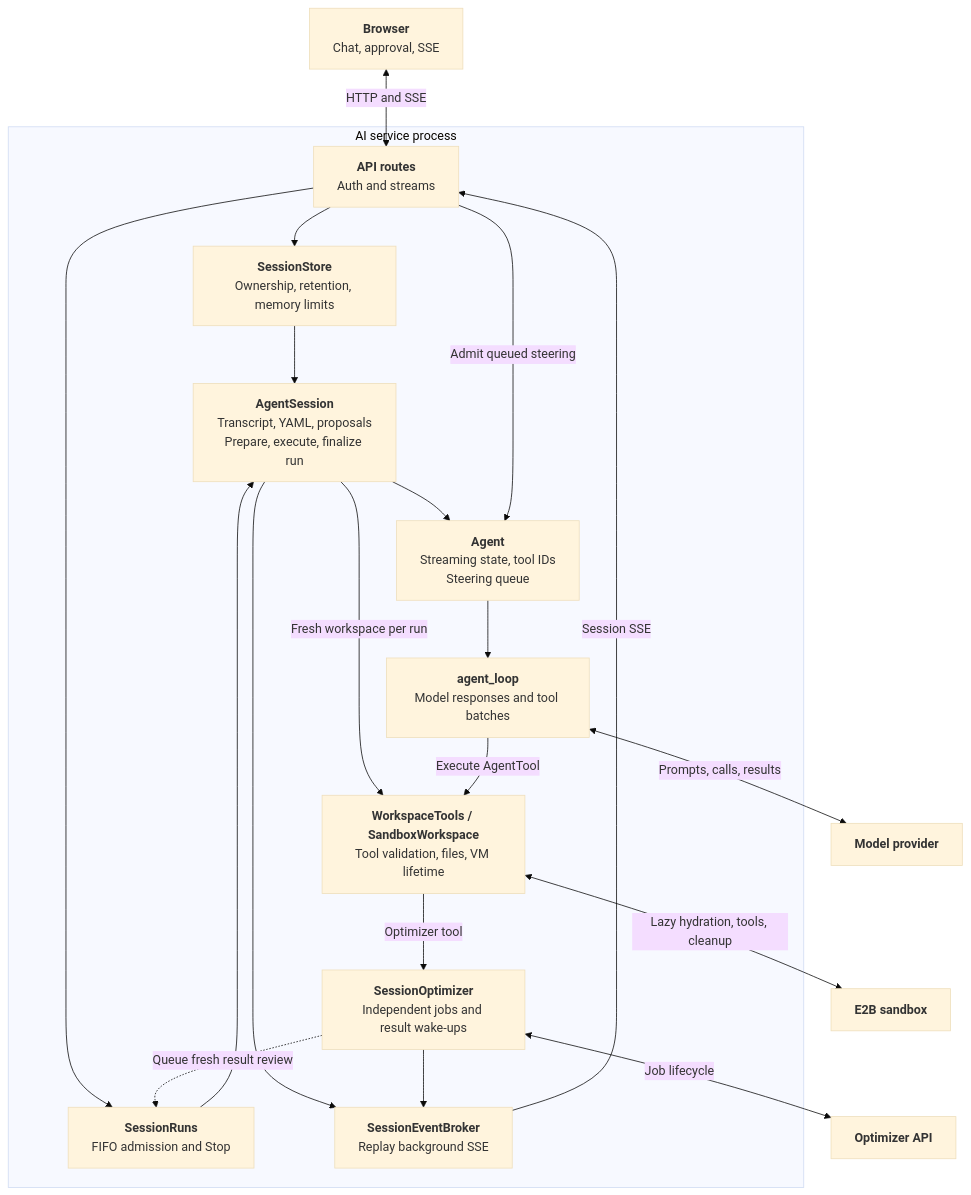
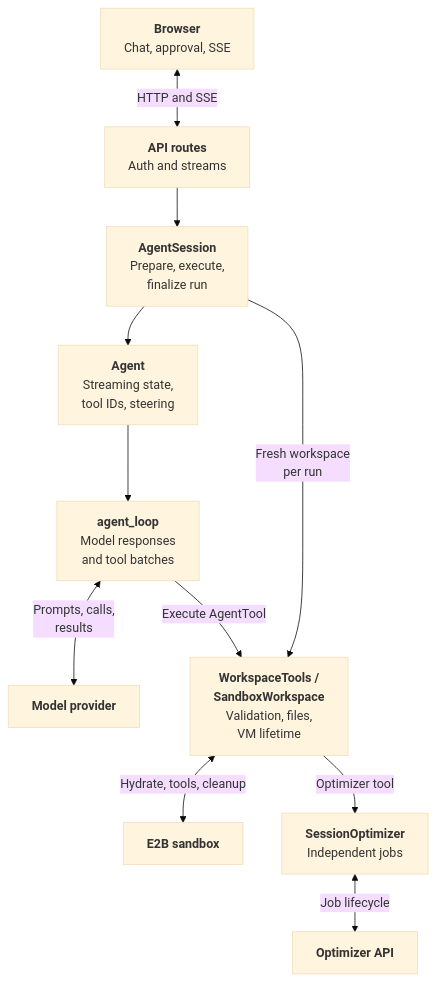
One commit to j3soon/nurse-scheduling changed the second of 14 diagrams in docs/content/developer-guide/ai-assistant.md. Above: the diagram before and after it, drawn with Mermaid (base theme). The commit also changed other lines of this file, not shown here.

First line of the commit message:
docs: fit AI assistant diagrams to desktop content width

````diff
--- a/docs/content/developer-guide/ai-assistant.md
+++ b/docs/content/developer-guide/ai-assistant.md
@@ -90,37 +92,23 @@
 ```mermaid
 flowchart TB
     Browser[<b>Browser</b><br/>Chat, approval, SSE]
-
-    subgraph Service[AI service process]
-        Routes[<b>API routes</b><br/>Auth and streams]
-        Store[<b>SessionStore</b><br/>Ownership, retention, memory limits]
-        Queue[<b>SessionRuns</b><br/>FIFO admission and Stop]
-        Session[<b>AgentSession</b><br/>Transcript, YAML, proposals<br/>Prepare, execute, finalize run]
-        Agent[<b>Agent</b><br/>Streaming state, tool IDs<br/>Steering queue]
-        Loop[<b>agent_loop</b><br/>Model responses and tool batches]
-        Workspace[<b>WorkspaceTools / SandboxWorkspace</b><br/>Tool validation, files, VM lifetime]
-        Jobs[<b>SessionOptimizer</b><br/>Independent jobs and result wake-ups]
-        Events[<b>SessionEventBroker</b><br/>Replay background SSE]
-
-        Routes --> Store --> Session
-        Routes --> Queue --> Session
-        Session -->|Fresh workspace per run| Workspace
-        Session --> Agent --> Loop
-        Routes -->|Admit queued steering| Agent
-        Loop -->|Execute AgentTool| Workspace
-        Workspace -->|Optimizer tool| Jobs
-        Jobs -.->|Queue fresh result review| Queue
-        Session --> Events
-        Jobs --> Events
-        Events -->|Session SSE| Routes
-    end
-
+    Routes[<b>API routes</b><br/>Auth and streams]
+    Session[<b>AgentSession</b><br/>Prepare, execute,<br/>finalize run]
+    Agent[<b>Agent</b><br/>Streaming state,<br/>tool IDs, steering]
+    Loop[<b>agent_loop</b><br/>Model responses<br/>and tool batches]
     Provider[<b>Model provider</b>]
+    Workspace[<b>WorkspaceTools /<br/>SandboxWorkspace</b><br/>Validation, files,<br/>VM lifetime]
     E2B[<b>E2B sandbox</b>]
+    Jobs[<b>SessionOptimizer</b><br/>Independent jobs]
     Optimizer[<b>Optimizer API</b>]
 
     Browser <-->|HTTP and SSE| Routes
-    Loop <-->|Prompts, calls, results| Provider
-    Workspace <-->|Lazy hydration, tools, cleanup| E2B
+    Routes --> Session --> Agent --> Loop
+    Loop <-->|Prompts, calls,<br/>results| Provider
+    Session -->|Fresh workspace<br/>per run| Workspace
+    Loop -->|Execute AgentTool| Workspace
+    Workspace <-->|Hydrate, tools, cleanup| E2B
+    Workspace -->|Optimizer tool| Jobs
     Jobs <-->|Job lifecycle| Optimizer
+
 ```
````
